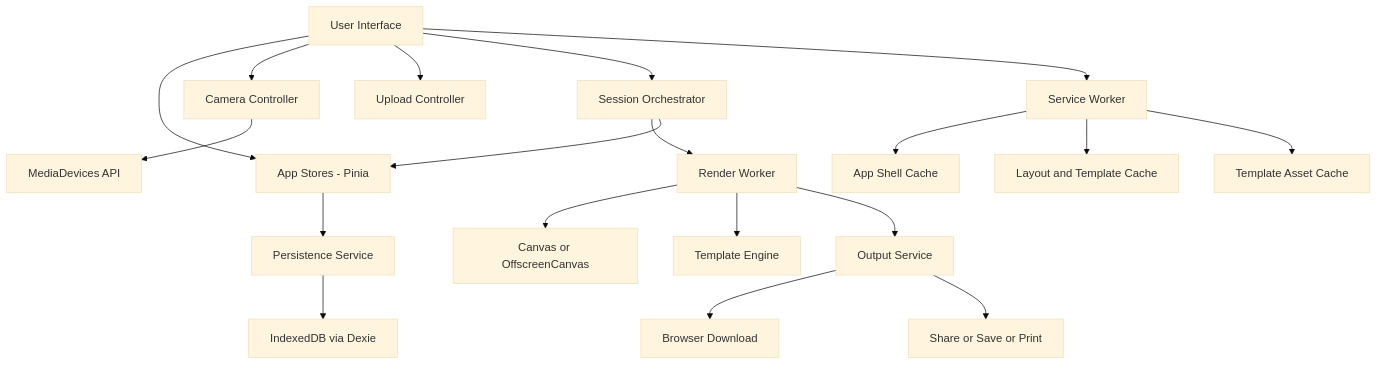
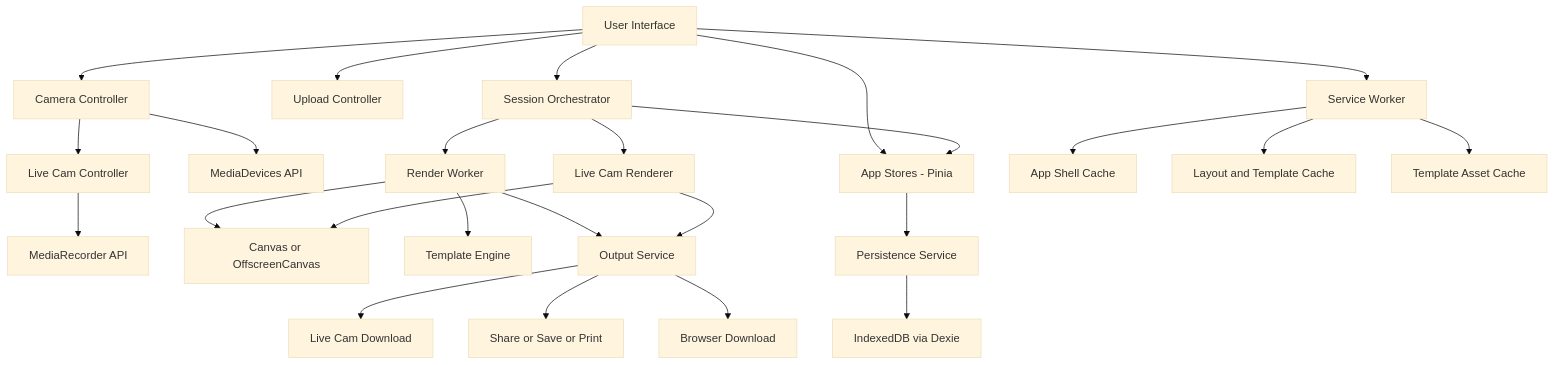
The first of 5 diagrams in docs/stecute-technical-design.md (kungfufafa/SteCute), drawn with Mermaid (base theme) before and after one commit. The commit also changed other lines of this file and 12 other files, not shown here.

First line of the commit message:
feat: enhance live cam functionality and output handling

````diff
--- a/docs/stecute-technical-design.md
+++ b/docs/stecute-technical-design.md
@@ -123,21 +125,27 @@
 ```mermaid
 flowchart TD
     A[User Interface] --> B[App Stores - Pinia]
     A --> C[Camera Controller]
     A --> D[Upload Controller]
     C --> E[MediaDevices API]
+    C --> V[Live Cam Controller]
+    V --> W[MediaRecorder API]
     A --> F[Session Orchestrator]
     F --> G[Render Worker]
+    F --> X[Live Cam Renderer]
     G --> H[Canvas or OffscreenCanvas]
     G --> I[Template Engine]
+    X --> H
     F --> B
     G --> J[Output Service]
+    X --> J
     J --> K[Browser Download]
     J --> L[Share or Save or Print]
+    J --> Y[Live Cam Download]
     B --> M[Persistence Service]
     M --> N[IndexedDB via Dexie]
     O[Service Worker] --> P[App Shell Cache]
     O --> Q[Layout and Template Cache]
     O --> R[Template Asset Cache]
     A --> O
 ```
````
